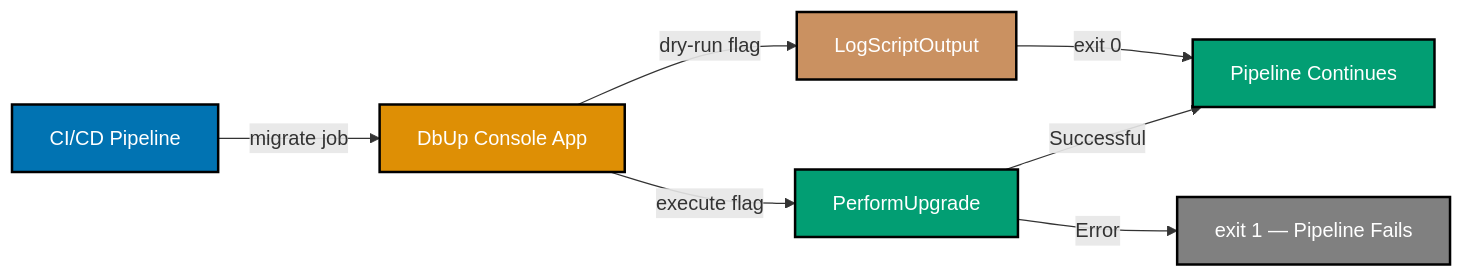
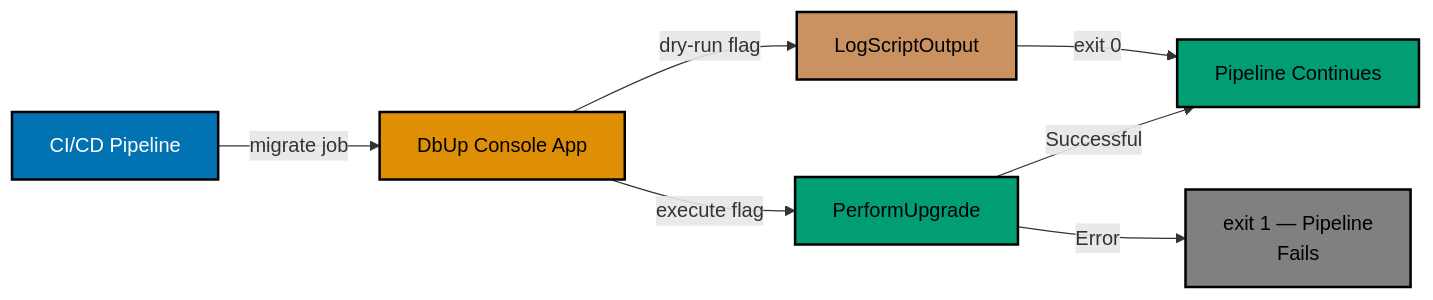
Before and after one commit to wahidyankf/ose-public: the second of 2 diagrams in apps/ayokoding-www/content/en/learn/legacy/software-engineering/data/tools/fsharp-dbup/by-example/advanced.md, drawn with Mermaid. The commit also changed other lines of this file and 131 other files, not shown here.

First line of the commit message:
fix(mermaid): bring the legacy data, infrastructure, and testing diagrams onto the accessible palette

````diff
--- a/apps/ayokoding-www/content/en/learn/legacy/software-engineering/data/tools/fsharp-dbup/by-example/advanced.md
+++ b/apps/ayokoding-www/content/en/learn/legacy/software-engineering/data/tools/fsharp-dbup/by-example/advanced.md
@@ -418,18 +427,26 @@
 ```mermaid
 %% Color Palette: Blue #0173B2, Orange #DE8F05, Teal #029E73, Purple #CC78BC, Brown #CA9161
 %% CI/CD migration pipeline
 graph LR
+    accTitle: Example 69: DbUp in CI/CD Pipeline
+    accDescr: Graph with 6 nodes and 6 connections. Nodes: CI/CD Pipeline, DbUp Console App, LogScriptOutput, PerformUpgrade, Pipeline Continues, exit 1 — Pipeline Fails. Connections: CI/CD Pipeline to DbUp Console App (migrate job), DbUp Console App to LogScriptOutput (dry-run flag), DbUp Console App to PerformUpgrade (execute flag), LogScriptOutput to Pipeline Continues (exit 0), PerformUpgrade to Pipeline Continues (Successful), PerformUpgrade to exit 1 — Pipeline Fails (Error).
     A[CI/CD Pipeline] -->|migrate job| B[DbUp Console App]
     B -->|dry-run flag| C[LogScriptOutput]
     B -->|execute flag| D[PerformUpgrade]
     C -->|exit 0| E[Pipeline Continues]
     D -->|Successful| E
-    D -->|Error| F[exit 1 — Pipeline Fails]
+    D -->|Error| F[exit 1 — Pipeline<br/>Fails]
 
-    style A fill:#0173B2,stroke:#000000,color:#FFFFFF,stroke-width:2px
-    style B fill:#DE8F05,stroke:#000000,color:#FFFFFF,stroke-width:2px
-    style C fill:#CA9161,stroke:#000000,color:#FFFFFF,stroke-width:2px
-    style D fill:#029E73,stroke:#000000,color:#FFFFFF,stroke-width:2px
-    style E fill:#029E73,stroke:#000000,color:#FFFFFF,stroke-width:2px
-    style F fill:#808080,stroke:#000000,color:#FFFFFF,stroke-width:2px
+    classDef pal-0173B2 fill:#0173B2,stroke:#000000,color:#FFFFFF,stroke-width:2px
+    class A pal-0173B2
+    classDef pal-DE8F05 fill:#DE8F05,stroke:#000000,color:#000000,stroke-width:2px
+    class B pal-DE8F05
+    classDef pal-CA9161 fill:#CA9161,stroke:#000000,color:#000000,stroke-width:2px
+    class C pal-CA9161
+    classDef pal-029E73 fill:#029E73,stroke:#000000,color:#000000,stroke-width:2px
+    class D pal-029E73
+    class E pal-029E73
+    classDef pal-808080 fill:#808080,stroke:#000000,color:#000000,stroke-width:2px
+    class F pal-808080
+    classDef default fill:#FFFFFF,stroke:#000000,color:#000000
 ```
````
